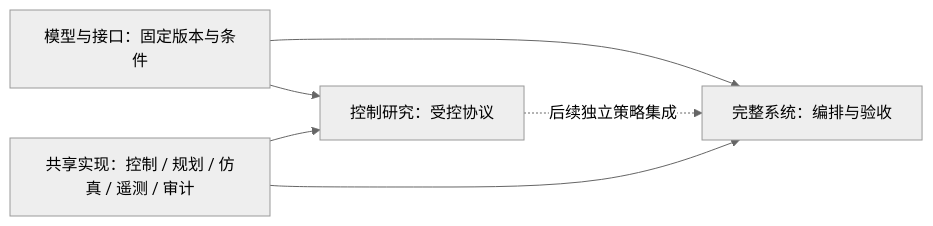
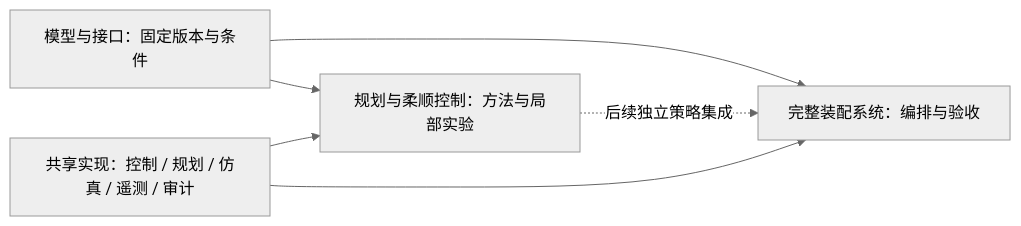
The diagram in docs/research_scope.md (langxin11/compliant_docking_simulation), drawn with Mermaid (neutral theme) before and after one commit. The commit also changed other lines of this file and 13 other files, not shown here.

````diff
--- a/docs/research_scope.md
+++ b/docs/research_scope.md
@@ -46,8 +40,8 @@
 ```mermaid
 flowchart LR
-    M[模型与接口：固定版本与条件] --> R[控制研究：受控协议]
-    M --> S[完整系统：编排与验收]
+    M[模型与接口：固定版本与条件] --> R[规划与柔顺控制：方法与局部实验]
+    M --> S[完整装配系统：编排与验收]
     R -. 后续独立策略集成 .-> S
     C[共享实现：控制 / 规划 / 仿真 / 遥测 / 审计] --> R
     C --> S
 ```
````
